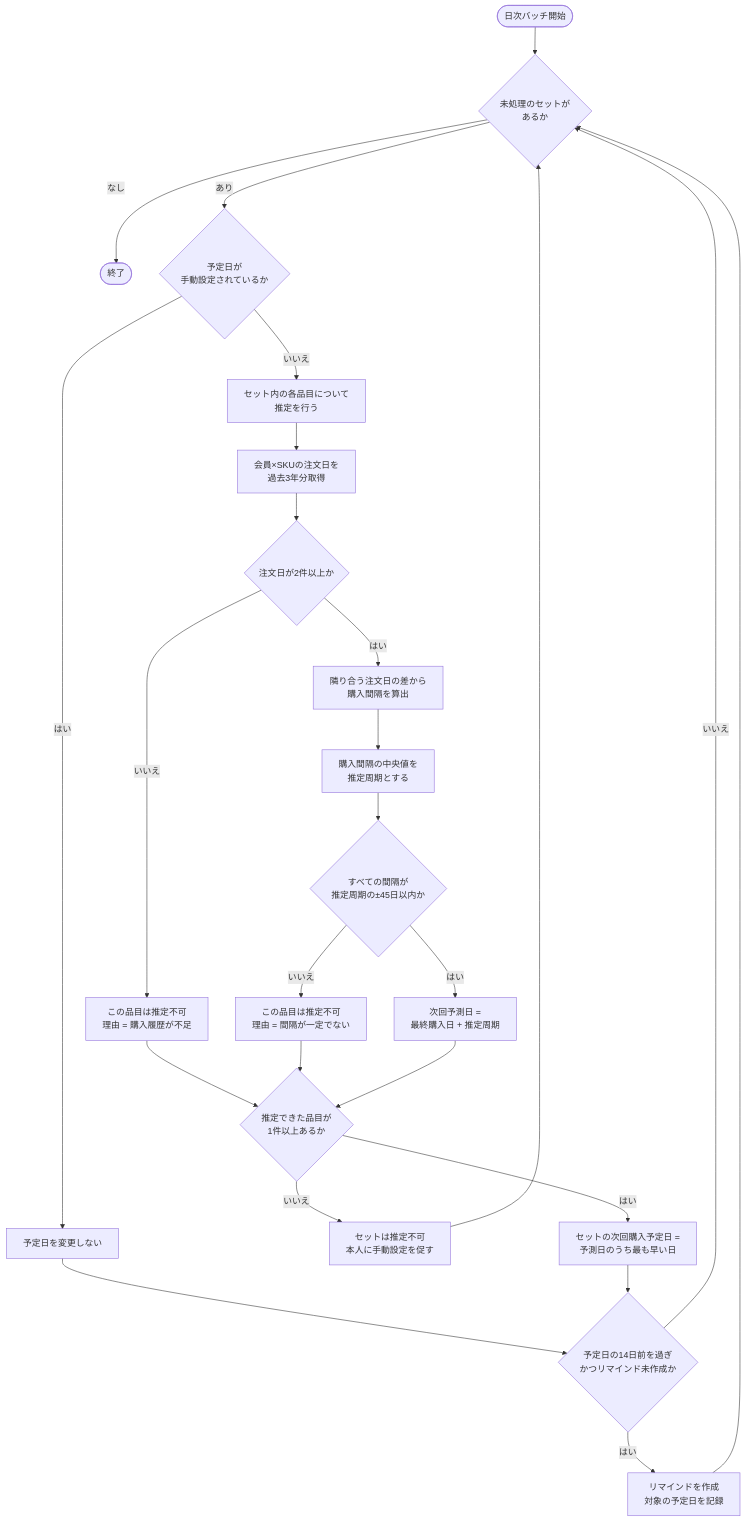
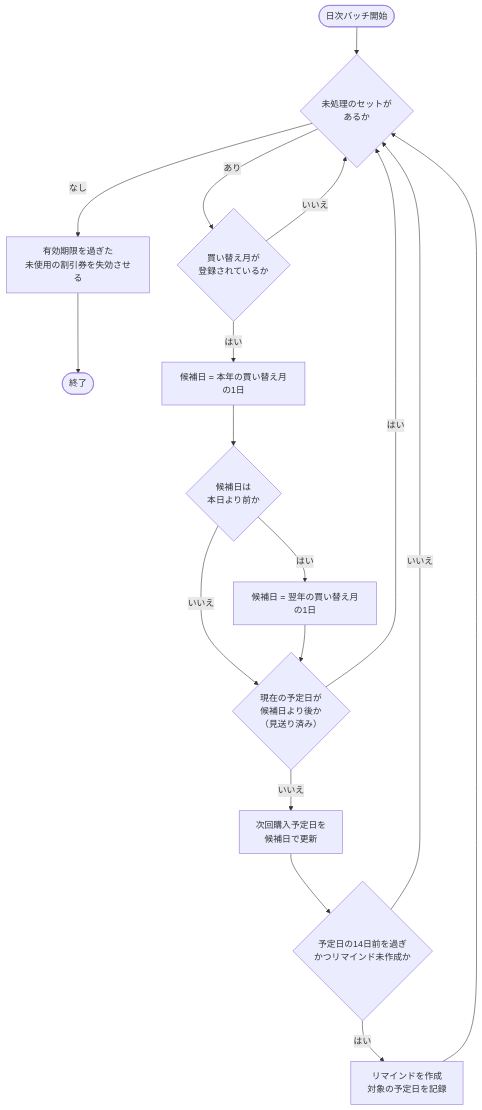
One commit to Nagaoka122/tech0-lv3-ec changed the fourth of 15 diagrams in 設計仕様書.md. Above: the diagram before and after it, drawn with Mermaid. The commit also changed other lines of this file and 3 other files, not shown here.

````diff
--- a/設計仕様書.md
+++ b/設計仕様書.md
@@ -118,30 +174,19 @@
 ```mermaid
 flowchart TD
-    START([日次バッチ開始]) --> SETLOOP{"未処理のセットが<br/>あるか"}
-    SETLOOP -->|なし| FIN([終了])
-    SETLOOP -->|あり| MANUAL{"予定日が<br/>手動設定されているか"}
-    MANUAL -->|はい| KEEP["予定日を変更しない"]
-    MANUAL -->|いいえ| ITEMLOOP["セット内の各品目について<br/>推定を行う"]
-
-    ITEMLOOP --> HIST["会員×SKUの注文日を<br/>過去3年分取得"]
-    HIST --> COUNT{"注文日が2件以上か"}
-    COUNT -->|いいえ| NG1["この品目は推定不可<br/>理由 = 購入履歴が不足"]
-    COUNT -->|はい| GAP["隣り合う注文日の差から<br/>購入間隔を算出"]
-    GAP --> MED["購入間隔の中央値を<br/>推定周期とする"]
-    MED --> VAR{"すべての間隔が<br/>推定周期の±45日以内か"}
-    VAR -->|いいえ| NG2["この品目は推定不可<br/>理由 = 間隔が一定でない"]
-    VAR -->|はい| OK["次回予測日 =<br/>最終購入日 + 推定周期"]
-
-    NG1 --> AGG
-    NG2 --> AGG
-    OK --> AGG{"推定できた品目が<br/>1件以上あるか"}
-    AGG -->|いいえ| NONE["セットは推定不可<br/>本人に手動設定を促す"]
-    AGG -->|はい| EARLIEST["セットの次回購入予定日 =<br/>予測日のうち最も早い日"]
-
-    KEEP --> REMIND
-    NONE --> SETLOOP
-    EARLIEST --> REMIND{"予定日の14日前を過ぎ<br/>かつリマインド未作成か"}
-    REMIND -->|いいえ| SETLOOP
-    REMIND -->|はい| MAKE["リマインドを作成<br/>対象の予定日を記録"]
-    MAKE --> SETLOOP
+    B0([日次バッチ開始]) --> B1{"未処理のセットが<br/>あるか"}
+    B1 -->|なし| B9["有効期限を過ぎた<br/>未使用の割引券を失効させる"]
+    B9 --> BFIN([終了])
+    B1 -->|あり| B2{"買い替え月が<br/>登録されているか"}
+    B2 -->|いいえ| B1
+    B2 -->|はい| B3["候補日 = 本年の買い替え月の1日"]
+    B3 --> B4{"候補日は<br/>本日より前か"}
+    B4 -->|はい| B5["候補日 = 翌年の買い替え月の1日"]
+    B4 -->|いいえ| B6
+    B5 --> B6{"現在の予定日が<br/>候補日より後か<br/>（見送り済み）"}
+    B6 -->|はい| B1
+    B6 -->|いいえ| B7["次回購入予定日を<br/>候補日で更新"]
+    B7 --> B8{"予定日の14日前を過ぎ<br/>かつリマインド未作成か"}
+    B8 -->|いいえ| B1
+    B8 -->|はい| BM["リマインドを作成<br/>対象の予定日を記録"]
+    BM --> B1
 ```
````
